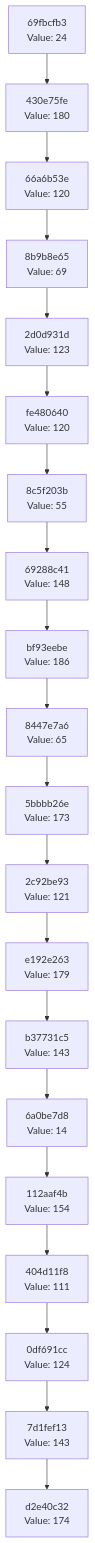
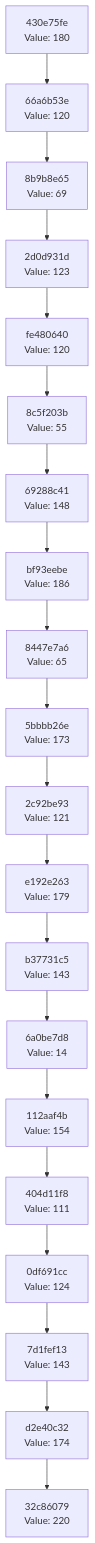
One commit to Abhisheksinha1506/hash-chain-evolver changed the diagram in docs/CHAIN_VISUALIZATION.md. Above: the diagram before and after it, drawn with Mermaid. The commit also changed 3 other files, not shown here.

````diff
--- a/docs/CHAIN_VISUALIZATION.md
+++ b/docs/CHAIN_VISUALIZATION.md
@@ -3,42 +3,42 @@
 ```mermaid
 graph TD
-    C0["d2e40c32<br/>Value: 174"]
-    C1["7d1fef13<br/>Value: 143"]
+    C0["32c86079<br/>Value: 220"]
+    C1["d2e40c32<br/>Value: 174"]
     C1 --> C0
-    C2["0df691cc<br/>Value: 124"]
+    C2["7d1fef13<br/>Value: 143"]
     C2 --> C1
-    C3["404d11f8<br/>Value: 111"]
+    C3["0df691cc<br/>Value: 124"]
     C3 --> C2
-    C4["112aaf4b<br/>Value: 154"]
+    C4["404d11f8<br/>Value: 111"]
     C4 --> C3
-    C5["6a0be7d8<br/>Value: 14"]
+    C5["112aaf4b<br/>Value: 154"]
     C5 --> C4
-    C6["b37731c5<br/>Value: 143"]
+    C6["6a0be7d8<br/>Value: 14"]
     C6 --> C5
-    C7["e192e263<br/>Value: 179"]
+    C7["b37731c5<br/>Value: 143"]
     C7 --> C6
-    C8["2c92be93<br/>Value: 121"]
+    C8["e192e263<br/>Value: 179"]
     C8 --> C7
-    C9["5bbbb26e<br/>Value: 173"]
+    C9["2c92be93<br/>Value: 121"]
     C9 --> C8
-    C10["8447e7a6<br/>Value: 65"]
+    C10["5bbbb26e<br/>Value: 173"]
     C10 --> C9
-    C11["bf93eebe<br/>Value: 186"]
+    C11["8447e7a6<br/>Value: 65"]
     C11 --> C10
-    C12["69288c41<br/>Value: 148"]
+    C12["bf93eebe<br/>Value: 186"]
     C12 --> C11
-    C13["8c5f203b<br/>Value: 55"]
+    C13["69288c41<br/>Value: 148"]
     C13 --> C12
-    C14["fe480640<br/>Value: 120"]
+    C14["8c5f203b<br/>Value: 55"]
     C14 --> C13
-    C15["2d0d931d<br/>Value: 123"]
+    C15["fe480640<br/>Value: 120"]
     C15 --> C14
-    C16["8b9b8e65<br/>Value: 69"]
+    C16["2d0d931d<br/>Value: 123"]
     C16 --> C15
-    C17["66a6b53e<br/>Value: 120"]
+    C17["8b9b8e65<br/>Value: 69"]
     C17 --> C16
-    C18["430e75fe<br/>Value: 180"]
+    C18["66a6b53e<br/>Value: 120"]
     C18 --> C17
-    C19["69fbcfb3<br/>Value: 24"]
+    C19["430e75fe<br/>Value: 180"]
     C19 --> C18
 ```
````
